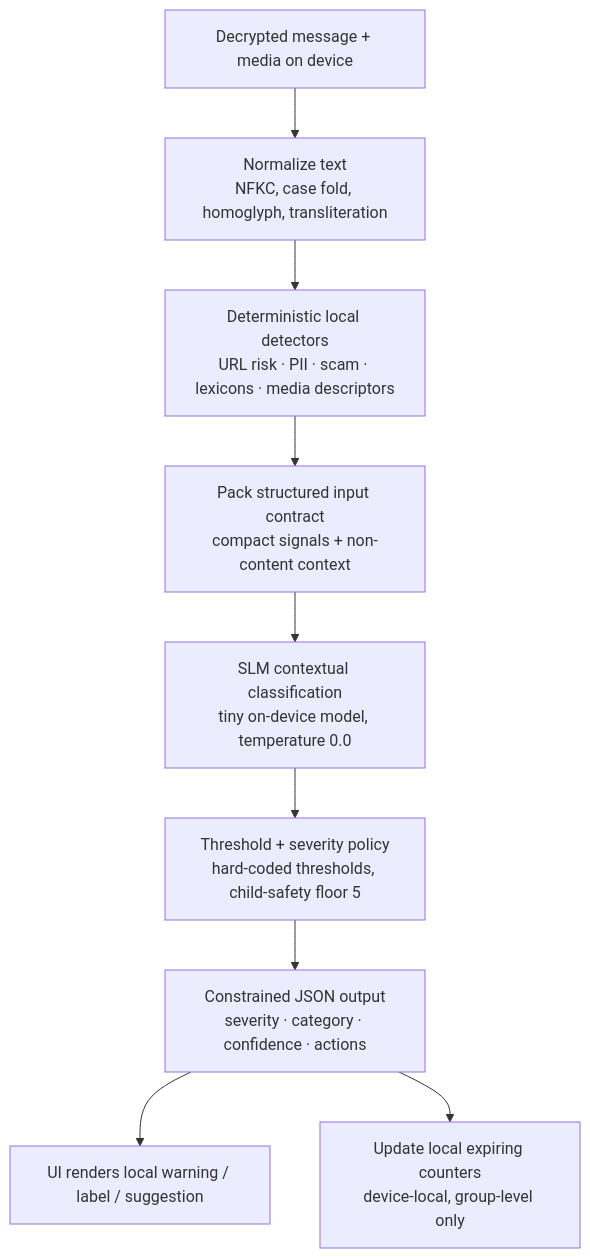
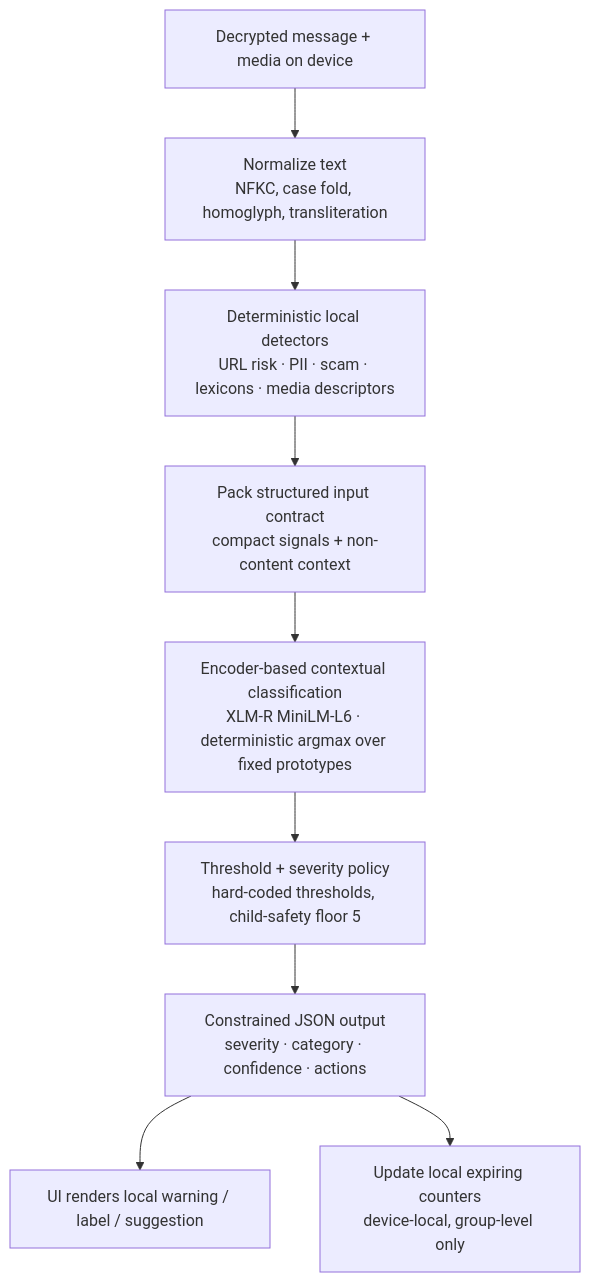
One commit to kennguy3n/slm-guardrail changed the first of 2 diagrams in ARCHITECTURE.md. Above: the diagram before and after it, drawn with Mermaid. The commit also changed other lines of this file and 51 other files, not shown here.

````diff
--- a/ARCHITECTURE.md
+++ b/ARCHITECTURE.md
@@ -269,11 +274,11 @@
 ```mermaid
 flowchart TD
     A[Decrypted message + media on device] --> B[Normalize text<br/>NFKC, case fold, homoglyph, transliteration]
     B --> C[Deterministic local detectors<br/>URL risk · PII · scam · lexicons · media descriptors]
     C --> D[Pack structured input contract<br/>compact signals + non-content context]
-    D --> E[SLM contextual classification<br/>tiny on-device model, temperature 0.0]
+    D --> E[Encoder-based contextual classification<br/>XLM-R MiniLM-L6 · deterministic argmax over fixed prototypes]
     E --> F[Threshold + severity policy<br/>hard-coded thresholds, child-safety floor 5]
     F --> G[Constrained JSON output<br/>severity · category · confidence · actions]
     G --> H[UI renders local warning / label / suggestion]
     G --> I[Update local expiring counters<br/>device-local, group-level only]
 ```
````
